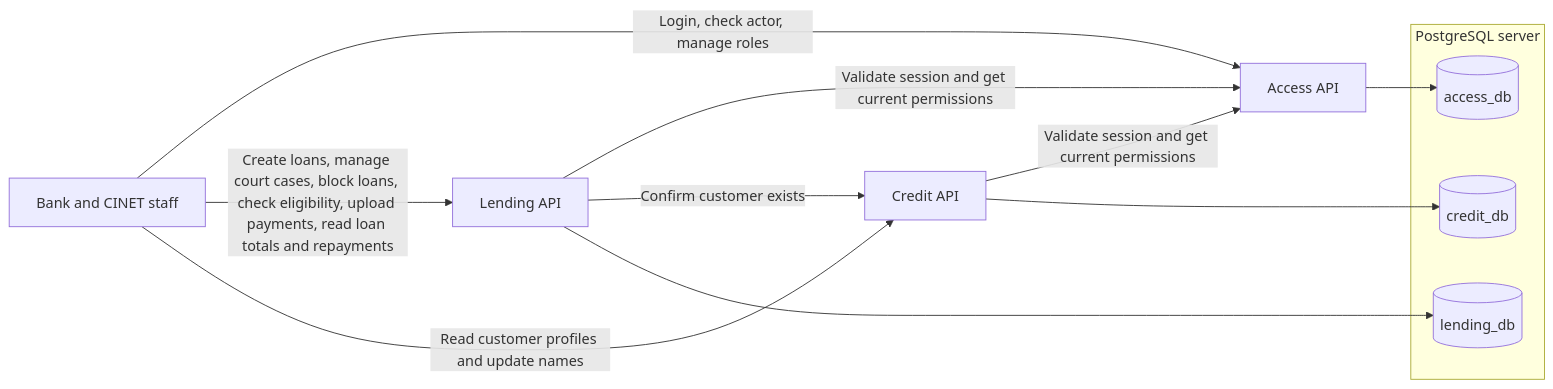
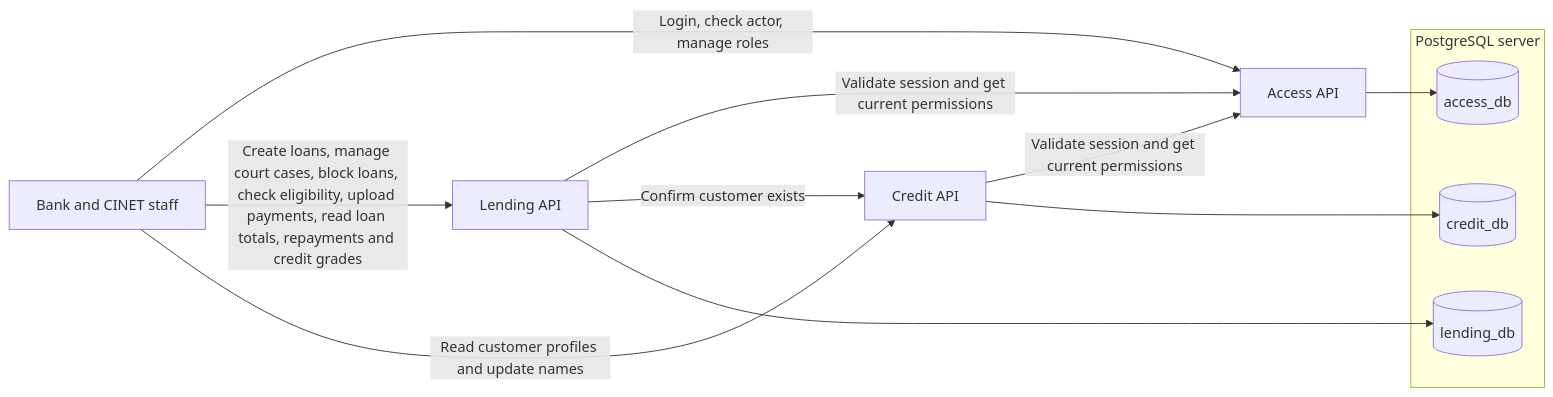
The diagram in docs/architecture.md (aalhendi/peaceful-urchin), drawn with Mermaid before and after one commit. The commit also changed other lines of this file and 17 other files, not shown here.

First line of the commit message:
feat: implement credit grade feature in Lending API

````diff
--- a/docs/architecture.md
+++ b/docs/architecture.md
@@ -5,20 +5,20 @@
 ```mermaid
 flowchart LR
     staff["Bank and CINET staff"] -->|Login, check actor, manage roles| access["Access API"]
-    staff -->|Create loans, manage court cases, block loans, check eligibility, upload payments, read loan totals and repayments| lending["Lending API"]
+    staff -->|Create loans, manage court cases, block loans, check eligibility, upload payments, read loan totals, repayments and credit grades| lending["Lending API"]
     staff -->|Read customer profiles and update names| credit["Credit API"]
 
     lending -->|Validate session and get current permissions| access
     credit -->|Validate session and get current permissions| access
     lending -->|Confirm customer exists| credit
 
     subgraph postgres["PostgreSQL server"]
         accessDb[(access_db)]
         lendingDb[(lending_db)]
         creditDb[(credit_db)]
     end
 
     access --> accessDb
     lending --> lendingDb
     credit --> creditDb
 ```
````
